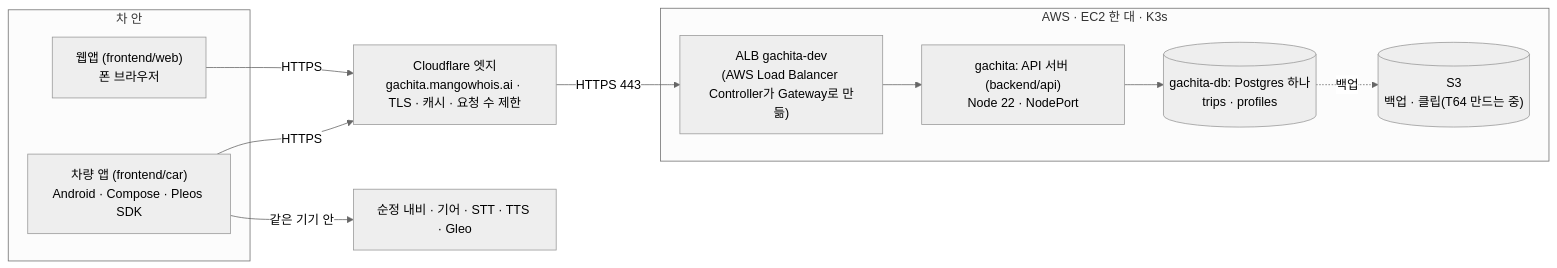
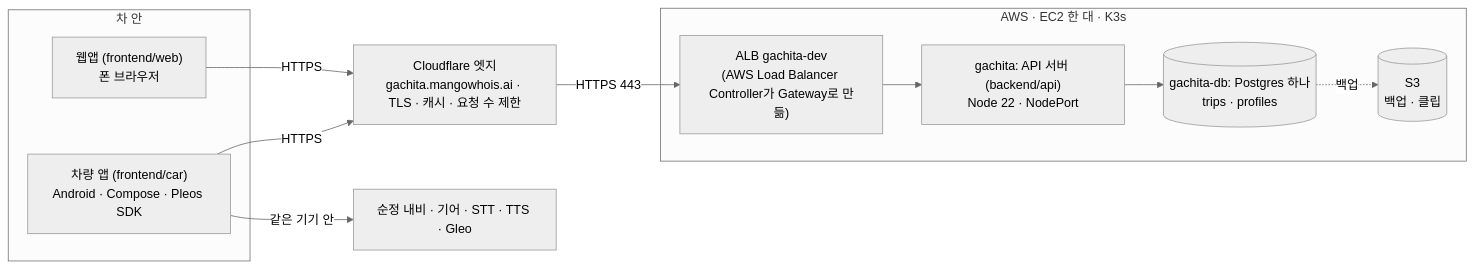
Before and after one commit to team-pitcrew/gachita: the diagram in docs/architecture.md, drawn with Mermaid (neutral theme). The commit also changed other lines of this file, not shown here.

````diff
--- a/docs/architecture.md
+++ b/docs/architecture.md
@@ -28,20 +28,20 @@
 ```mermaid
 flowchart LR
   subgraph 차 안
     Car["차량 앱 (frontend/car)\nAndroid · Compose · Pleos SDK"]
     Phone["웹앱 (frontend/web)\n폰 브라우저"]
   end
   CF["Cloudflare 엣지\ngachita.mangowhois.ai · TLS · 캐시 · 요청 수 제한"]
   subgraph AWS["AWS · EC2 한 대 · K3s"]
     ALB["ALB gachita-dev\n(AWS Load Balancer Controller가 Gateway로 만듦)"]
     API["gachita: API 서버 (backend/api)\nNode 22 · NodePort"]
     PG[("gachita-db: Postgres 하나\ntrips · profiles")]
-    S3[("S3\n백업 · 클립(T64 만드는 중)")]
+    S3[("S3\n백업 · 클립")]
   end
   Car -->|HTTPS| CF
   Phone -->|HTTPS| CF
   CF -->|HTTPS 443| ALB --> API
   API --> PG
   PG -.->|백업| S3
   Car -->|같은 기기 안| Pleos["순정 내비 · 기어 · STT · TTS · Gleo"]
 ```
````
